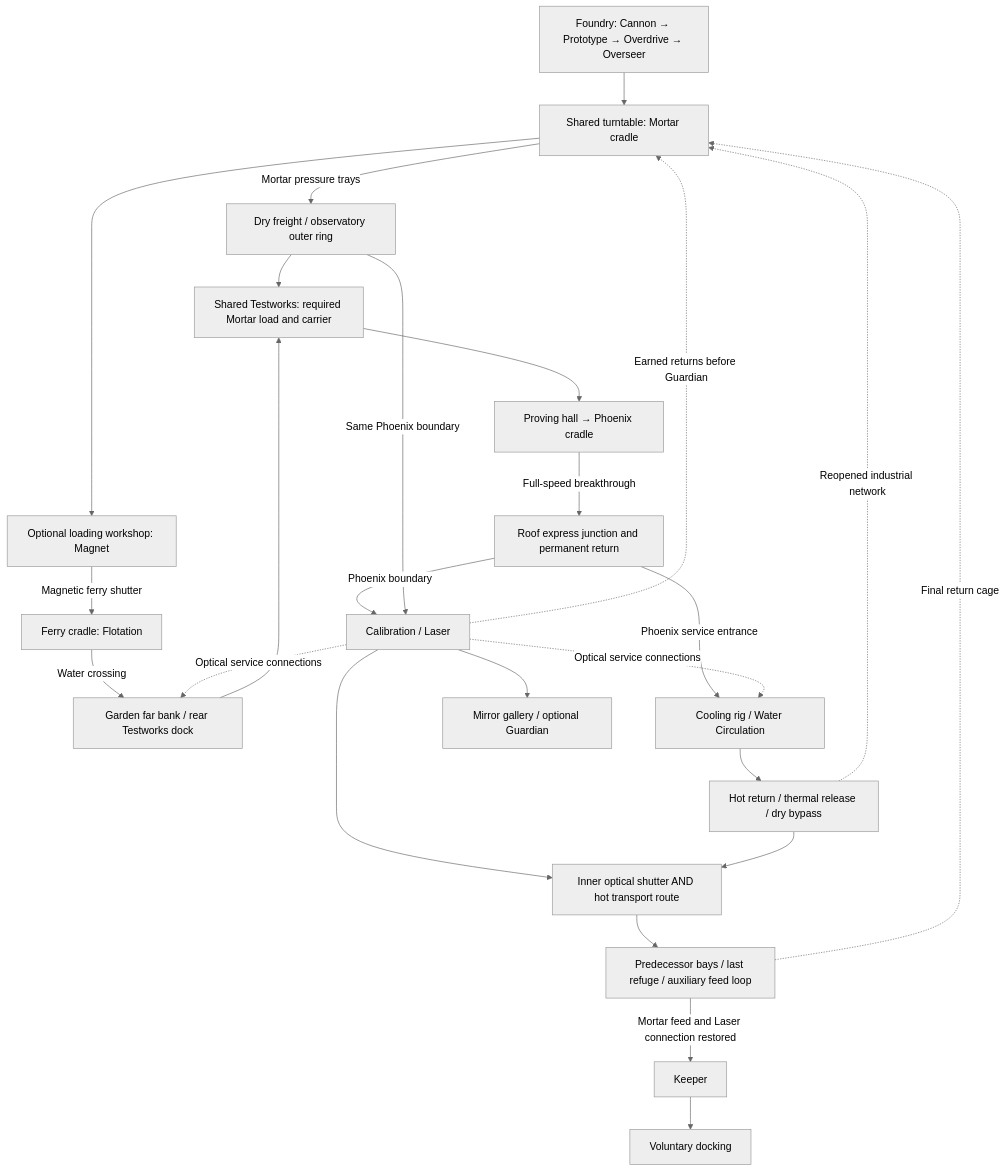
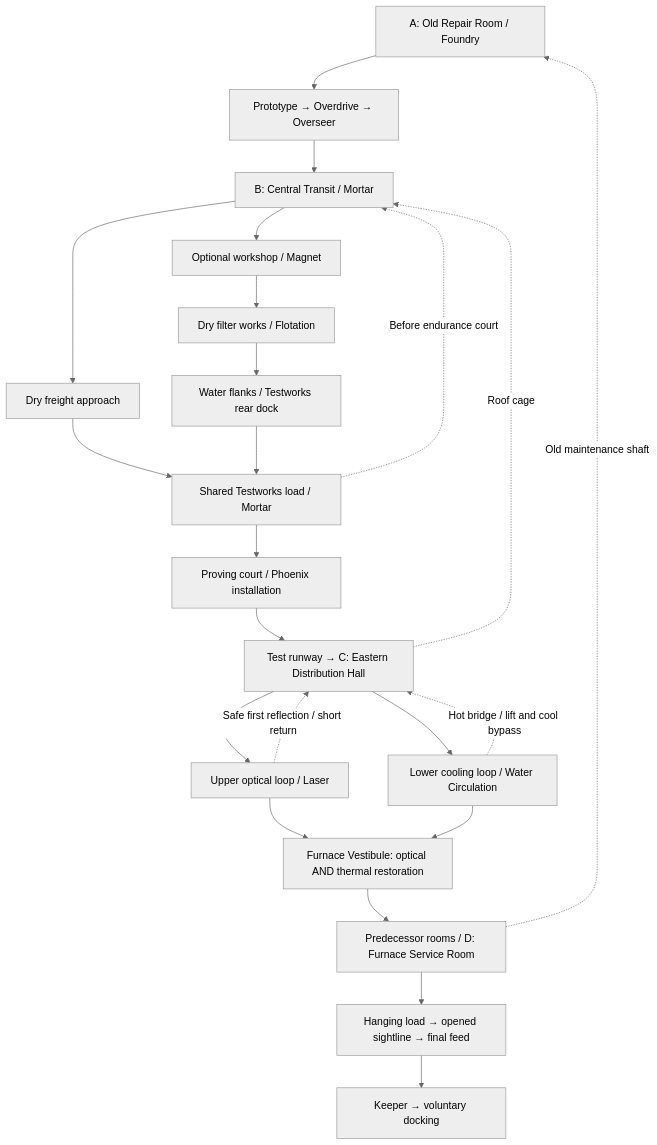
One commit to Milky2018/tankle-adventure-astra changed the first of 2 diagrams in Gamespec.md. Above: the diagram before and after it, drawn with Mermaid (neutral theme). The commit also changed other lines of this file, not shown here.

````diff
--- a/Gamespec.md
+++ b/Gamespec.md
@@ -350,27 +354,25 @@
 ```mermaid
 flowchart TD
-    R1["Foundry: Cannon → Prototype → Overdrive → Overseer"] --> H["Shared turntable: Mortar cradle"]
-    H -->|Mortar pressure trays| D["Dry freight / observatory outer ring"]
-    H --> M["Optional loading workshop: Magnet"]
-    M -->|Magnetic ferry shutter| F["Ferry cradle: Flotation"]
-    F -->|Water crossing| W["Garden far bank / rear Testworks dock"]
-    D --> T["Shared Testworks: required Mortar load and carrier"]
-    W --> T
-    T --> P["Proving hall → Phoenix cradle"]
-    P -->|Full-speed breakthrough| J["Roof express junction and permanent return"]
-    J -->|Phoenix boundary| L["Calibration / Laser"]
-    D -->|Same Phoenix boundary| L
-    J -->|Phoenix service entrance| C["Cooling rig / Water Circulation"]
-    L --> LG["Mirror gallery / optional Guardian"]
-    L -.->|Earned returns before Guardian| H
-    L -.->|Optical service connections| W
-    L -.->|Optical service connections| C
-    C --> HR["Hot return / thermal release / dry bypass"]
-    HR -.->|Reopened industrial network| H
-    L --> I["Inner optical shutter AND hot transport route"]
-    HR --> I
-    I --> B["Predecessor bays / last refuge / auxiliary feed loop"]
-    B -->|Mortar feed and Laser connection restored| K["Keeper"]
-    K --> E["Voluntary docking"]
-    B -.->|Final return cage| H
+    A["A: Old Repair Room / Foundry"] --> O["Prototype → Overdrive → Overseer"]
+    O --> B["B: Central Transit / Mortar"]
+    B --> DR["Dry freight approach"]
+    B --> M["Optional workshop / Magnet"]
+    M --> F["Dry filter works / Flotation"]
+    F --> WR["Water flanks / Testworks rear dock"]
+    DR --> T["Shared Testworks load / Mortar"]
+    WR --> T
+    T -.->|Before endurance court| B
+    T --> P["Proving court / Phoenix installation"]
+    P --> C["Test runway → C: Eastern Distribution Hall"]
+    C -.->|Roof cage| B
+    C --> L["Upper optical loop / Laser"]
+    C --> W["Lower cooling loop / Water Circulation"]
+    L -.->|Safe first reflection / short return| C
+    W -.->|Hot bridge / lift and cool bypass| C
+    L --> V["Furnace Vestibule: optical AND thermal restoration"]
+    W --> V
+    V --> D["Predecessor rooms / D: Furnace Service Room"]
+    D -.->|Old maintenance shaft| A
+    D --> FEED["Hanging load → opened sightline → final feed"]
+    FEED --> K["Keeper → voluntary docking"]
 ```
````
